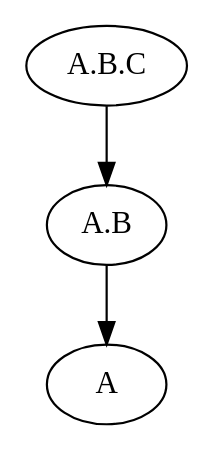
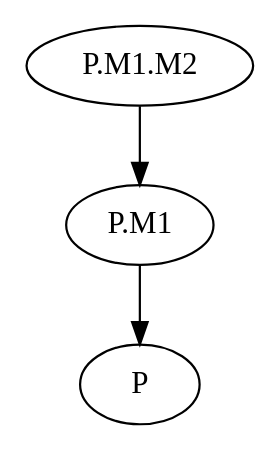
One commit to ErikHedblom/Master-Thesis changed the diagram in Dot/Parent.dot. Above: the diagram before and after it, drawn with Graphviz. The commit also changed 10 other files, not shown here.

```diff
--- a/Dot/Parent.dot
+++ b/Dot/Parent.dot
@@ -1,5 +1,5 @@
 digraph DependencyGraph {
-	"A"
-	"A.B" -> "A"
-	"A.B.C" -> "A.B"
+	"P"
+	"P.M1" -> "P"
+	"P.M1.M2" -> "P.M1"
 }
```
